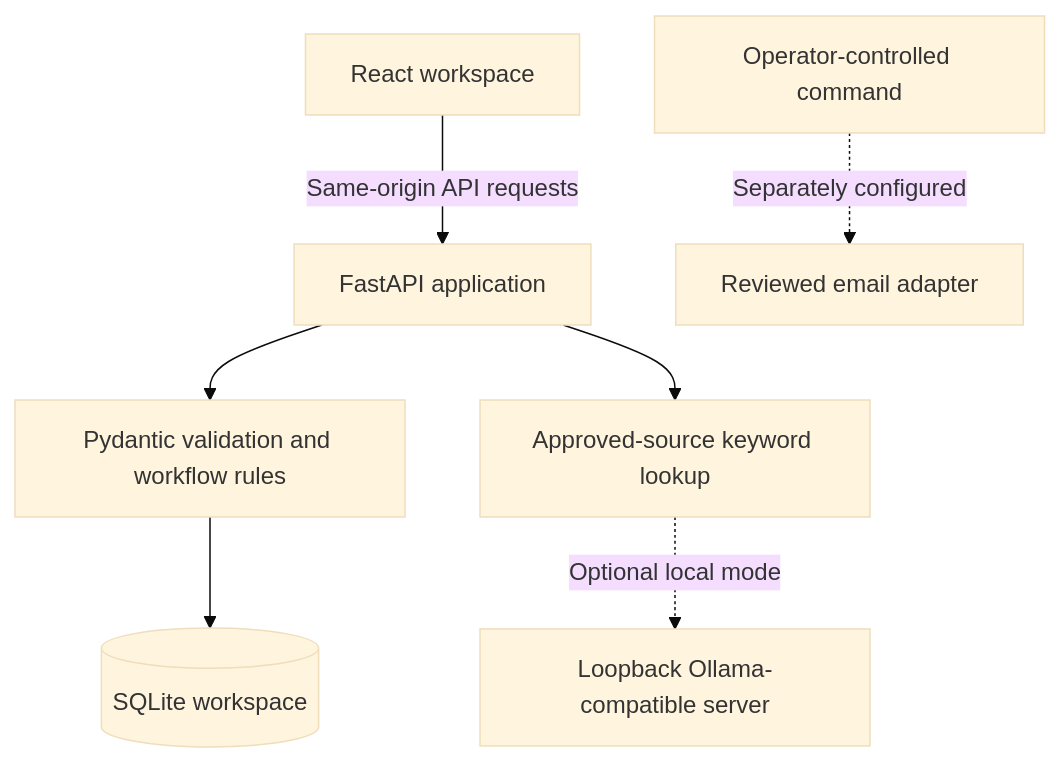
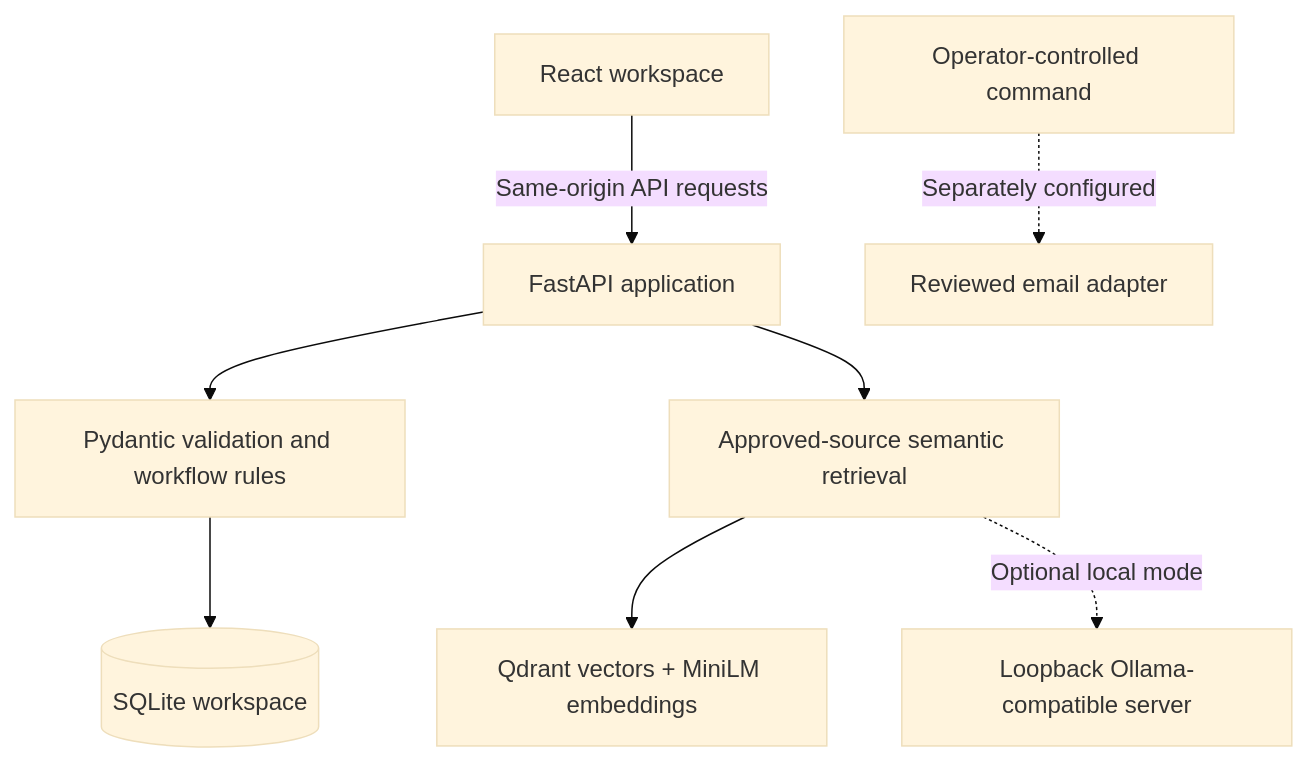
One commit to rachitr200/accounting-workbench changed the diagram in README.md. Above: the diagram before and after it, drawn with Mermaid (base theme). The commit also changed other lines of this file and 13 other files, not shown here.

Commit message:
Add semantic RAG with workspace Qdrant indexes and cited cloud answers

````diff
--- a/README.md
+++ b/README.md
@@ -103,9 +104,10 @@
 ```mermaid
 flowchart TD
     Browser[React workspace] -->|Same-origin API requests| API[FastAPI application]
     API --> Validation[Pydantic validation and workflow rules]
     Validation --> DB[(SQLite workspace)]
-    API --> Retrieval[Approved-source keyword lookup]
+    API --> Retrieval[Approved-source semantic retrieval]
+    Retrieval --> VectorDB[Qdrant vectors + MiniLM embeddings]
     Retrieval -. Optional local mode .-> Model[Loopback Ollama-compatible server]
     Operator[Operator-controlled command] -. Separately configured .-> SMTP[Reviewed email adapter]
 ```
````
